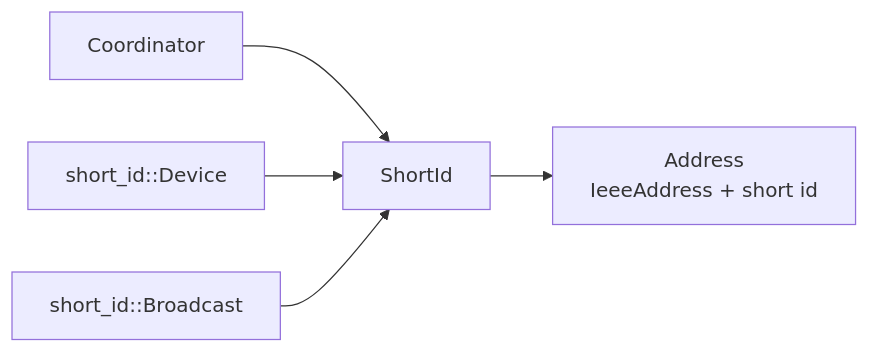
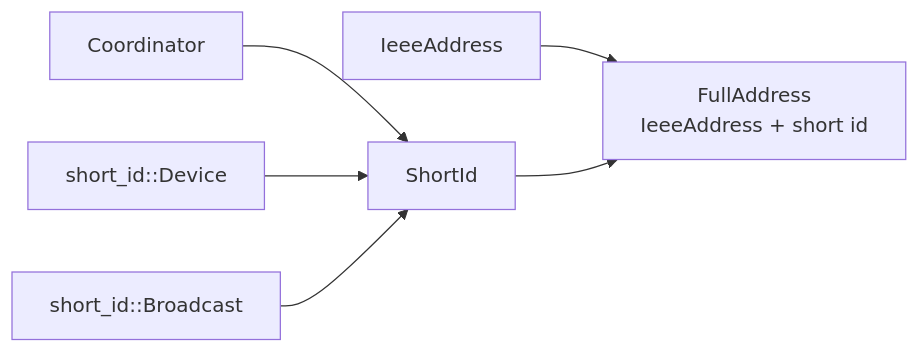
The second of 2 diagrams in apis-saltans-core/ARCHITECTURE.md (PaulmannLighting/apis-saltans), drawn with Mermaid before and after one commit. The commit also changed other lines of this file and 3 other files, not shown here.

Commit message:
Add `FullAddress`.

````diff
--- a/apis-saltans-core/ARCHITECTURE.md
+++ b/apis-saltans-core/ARCHITECTURE.md
@@ -51,13 +51,14 @@
 ```mermaid
 flowchart LR
     ShortId["ShortId"]
     Coordinator["Coordinator"]
     Device["short_id::Device"]
     Broadcast["short_id::Broadcast"]
-    Address["Address<br/>IeeeAddress + short id"]
+    FullAddress["FullAddress<br/>IeeeAddress + short id"]
 
     Coordinator --> ShortId
     Device --> ShortId
     Broadcast --> ShortId
-    ShortId --> Address
+    IeeeAddress --> FullAddress
+    ShortId --> FullAddress
 ```
````
